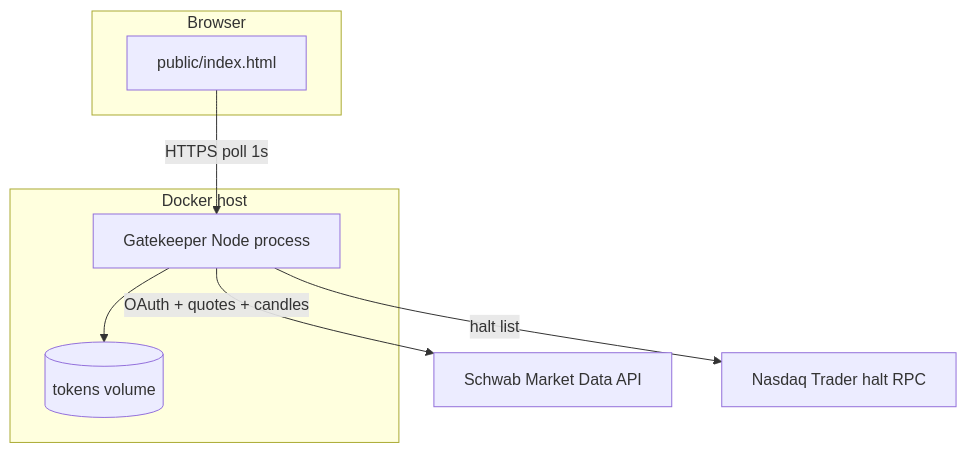
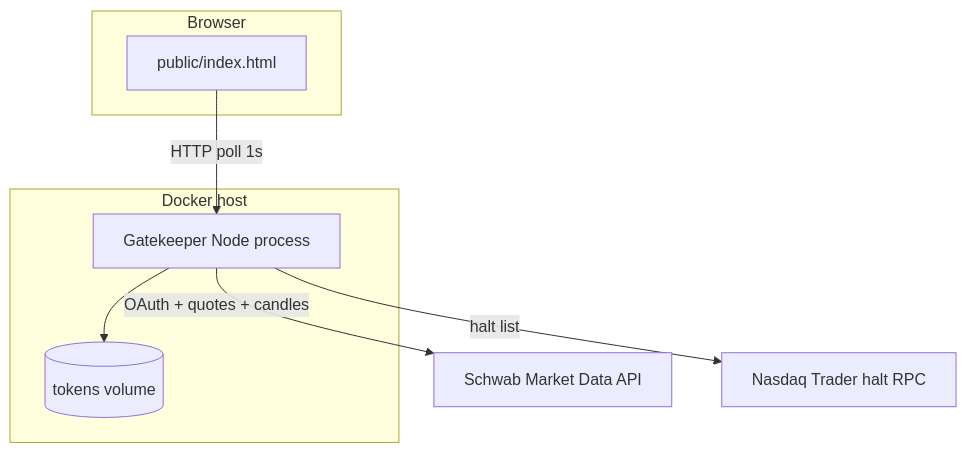
One commit to Arkesion/GateKeeper changed the first of 2 diagrams in TECHNICAL_OVERVIEW.md. Above: the diagram before and after it, drawn with Mermaid. The commit also changed other lines of this file and 4 other files, not shown here.

````diff
--- a/TECHNICAL_OVERVIEW.md
+++ b/TECHNICAL_OVERVIEW.md
@@ -40,16 +40,16 @@
 ```mermaid
 flowchart TB
   subgraph client [Browser]
     UI[public/index.html]
   end
   subgraph host [Docker host]
     GK[Gatekeeper Node process]
     Vol[(tokens volume)]
   end
   Schwab[Schwab Market Data API]
   Nasdaq[Nasdaq Trader halt RPC]
-  UI -->|HTTPS poll 1s| GK
+  UI -->|HTTP poll 1s| GK
   GK --> Vol
   GK -->|OAuth + quotes + candles| Schwab
   GK -->|halt list| Nasdaq
 ```
````
